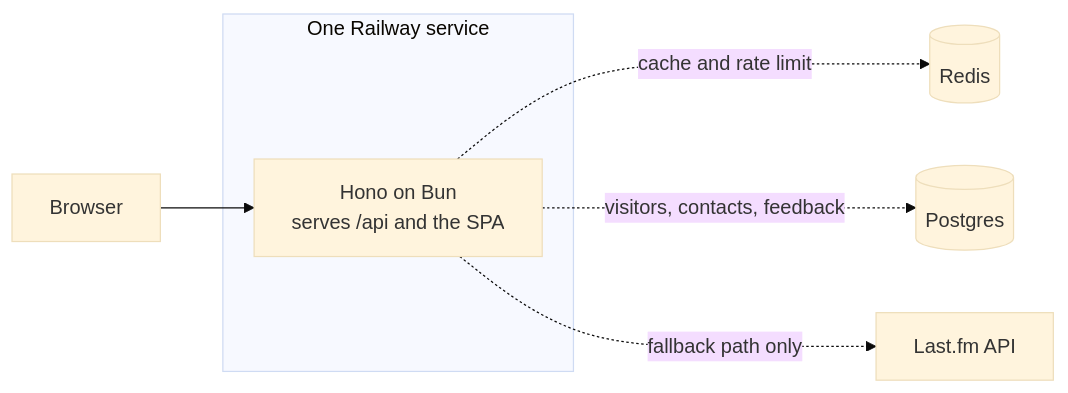
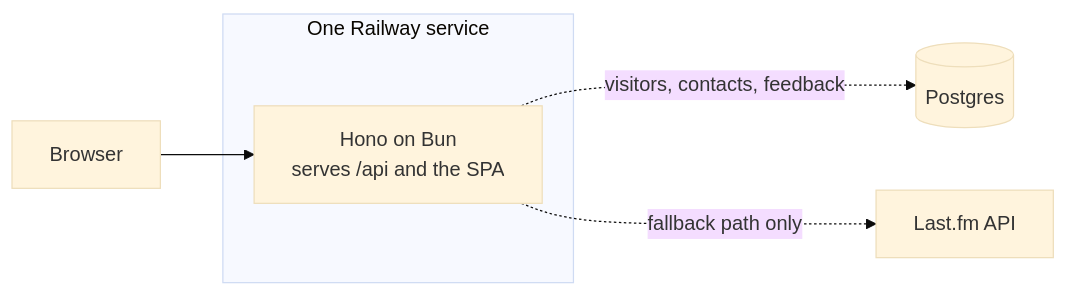
The third of 3 diagrams in README.md (oyuh/music-widget), drawn with Mermaid (base theme) before and after one commit. The commit also changed other lines of this file and 12 other files, not shown here.

First line of the commit message:
refactor(server): drop Redis, keep the proxy cache and rate limits in memory

````diff
--- a/README.md
+++ b/README.md
@@ -178,10 +178,9 @@
 ```mermaid
 flowchart LR
   subgraph svc["One Railway service"]
     H["Hono on Bun<br/>serves /api and the SPA"]
   end
   B["Browser"] --> H
-  H -.->|"cache and rate limit"| R[("Redis")]
   H -.->|"visitors, contacts, feedback"| P[("Postgres")]
   H -.->|"fallback path only"| L["Last.fm API"]
 ```
````
